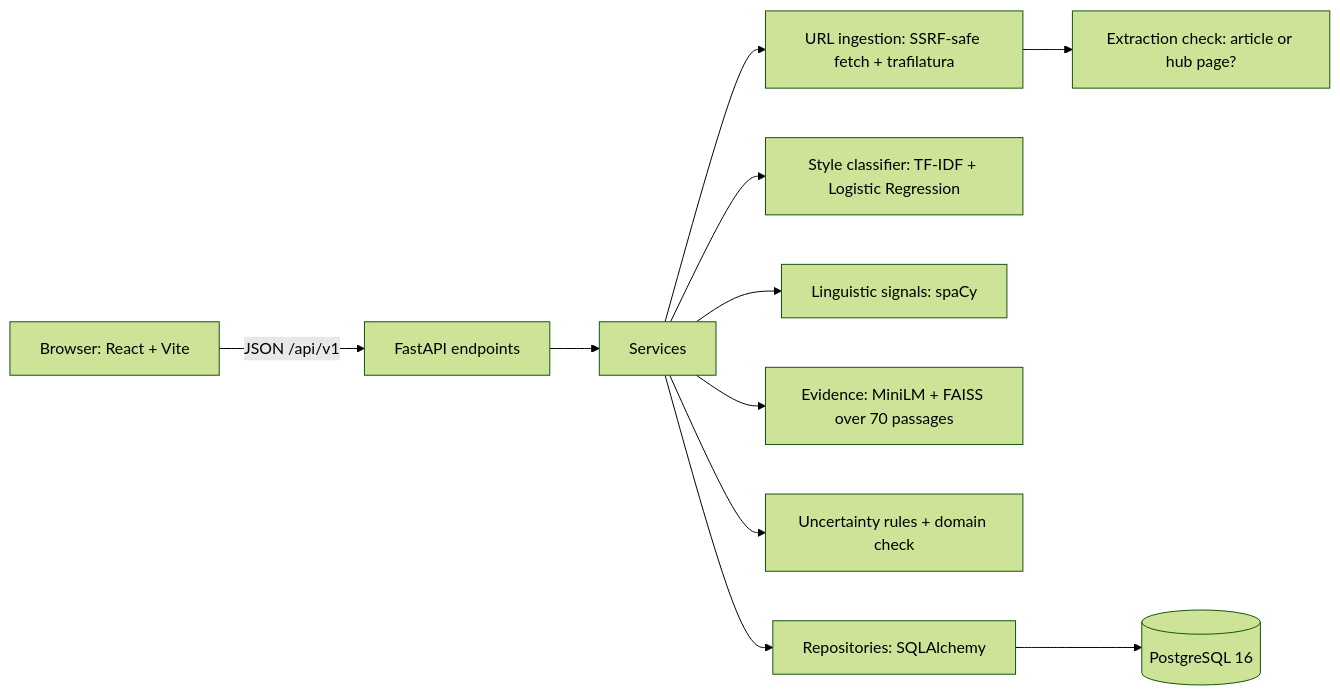
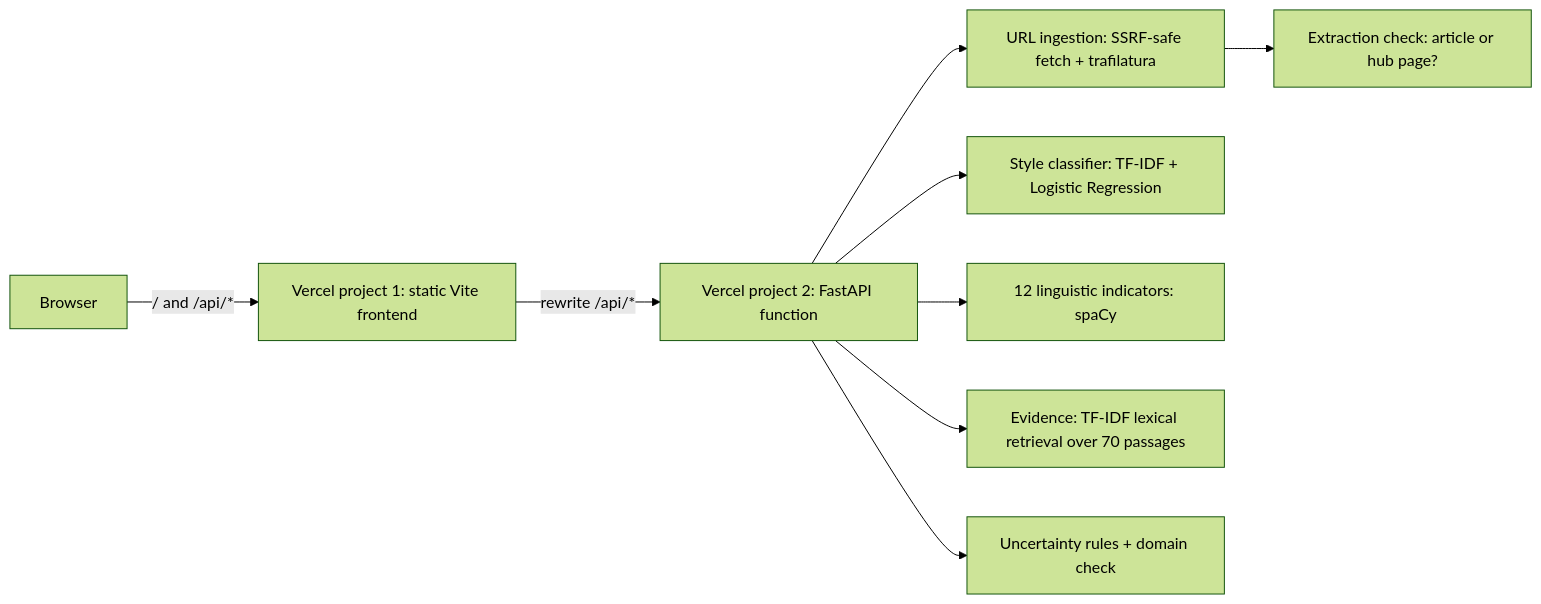
Before and after one commit to AdityaParthasarathy/veritas-ai: the diagram in docs/architecture.md, drawn with Mermaid (forest theme). The commit also changed other lines of this file and 145 other files, not shown here.

First line of the commit message:
feat: add lightweight Vercel edition with lexical retrieval

````diff
--- a/docs/architecture.md
+++ b/docs/architecture.md
@@ -5,13 +5,11 @@
 ```mermaid
 flowchart LR
-  U[Browser: React + Vite] -->|JSON /api/v1| API[FastAPI endpoints]
-  API --> SVC[Services]
-  SVC --> ING[URL ingestion: SSRF-safe fetch + trafilatura]
+  U[Browser] -->|"/ and /api/*"| FE[Vercel project 1: static Vite frontend]
+  FE -->|"rewrite /api/*"| API[Vercel project 2: FastAPI function]
+  API --> ING[URL ingestion: SSRF-safe fetch + trafilatura]
   ING --> EQ[Extraction check: article or hub page?]
-  SVC --> CLS[Style classifier: TF-IDF + Logistic Regression]
-  SVC --> SIG[Linguistic signals: spaCy]
-  SVC --> EVD[Evidence: MiniLM + FAISS over 70 passages]
-  SVC --> UNC[Uncertainty rules + domain check]
-  SVC --> REPO[Repositories: SQLAlchemy]
-  REPO --> DB[(PostgreSQL 16)]
+  API --> CLS[Style classifier: TF-IDF + Logistic Regression]
+  API --> SIG[12 linguistic indicators: spaCy]
+  API --> EVD[Evidence: TF-IDF lexical retrieval over 70 passages]
+  API --> UNC[Uncertainty rules + domain check]
 ```
````
